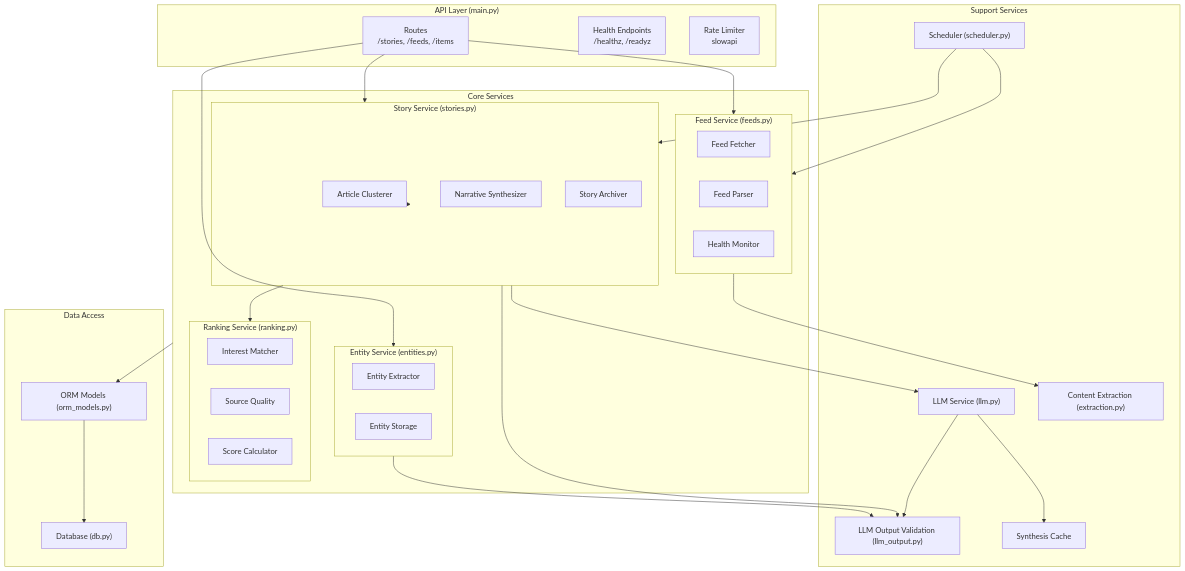
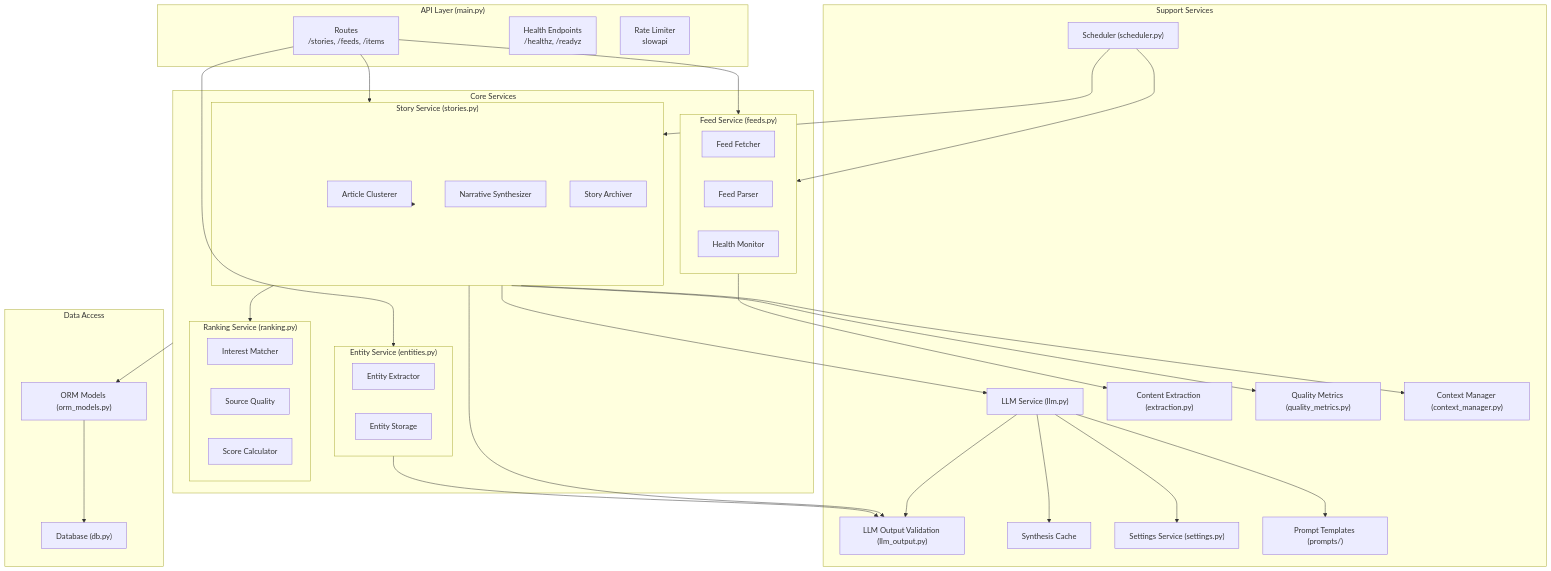
Before and after one commit to Deim0s13/newsbrief: the fourth of 11 diagrams in docs/ARCHITECTURE.md, drawn with Mermaid. The commit also changed other lines of this file, not shown here.

First line of the commit message:
docs: Update architecture document for v0.8.1

````diff
--- a/docs/ARCHITECTURE.md
+++ b/docs/ARCHITECTURE.md
@@ -431,63 +431,71 @@
 ```mermaid
 flowchart TB
     subgraph API["API Layer (main.py)"]
         Routes["Routes<br/>/stories, /feeds, /items"]
         Health["Health Endpoints<br/>/healthz, /readyz"]
         RateLimit["Rate Limiter<br/>slowapi"]
     end
 
     subgraph Core["Core Services"]
         subgraph FeedSvc["Feed Service (feeds.py)"]
             FeedFetch["Feed Fetcher"]
             FeedParse["Feed Parser"]
             FeedHealth["Health Monitor"]
         end
 
         subgraph StorySvc["Story Service (stories.py)"]
             Cluster["Article Clusterer"]
             Synth["Narrative Synthesizer"]
             Archive["Story Archiver"]
         end
 
         subgraph EntitySvc["Entity Service (entities.py)"]
             NER["Entity Extractor"]
             EntityStore["Entity Storage"]
         end
 
         subgraph RankSvc["Ranking Service (ranking.py)"]
             Interest["Interest Matcher"]
             SourceQual["Source Quality"]
             ScoreCalc["Score Calculator"]
         end
     end
 
     subgraph Support["Support Services"]
         LLMSvc["LLM Service (llm.py)"]
         LLMOutput["LLM Output Validation (llm_output.py)"]
         ExtractSvc["Content Extraction (extraction.py)"]
         CacheSvc["Synthesis Cache"]
         SchedSvc["Scheduler (scheduler.py)"]
+        QualityMet["Quality Metrics (quality_metrics.py)"]
+        CtxMgr["Context Manager (context_manager.py)"]
+        Settings["Settings Service (settings.py)"]
+        Prompts["Prompt Templates (prompts/)"]
     end
 
     subgraph Data["Data Access"]
         ORM["ORM Models (orm_models.py)"]
         DB["Database (db.py)"]
     end
 
     Routes --> StorySvc
     Routes --> FeedSvc
     Routes --> EntitySvc
     StorySvc --> LLMSvc
     StorySvc --> LLMOutput
     StorySvc --> Cluster
     StorySvc --> RankSvc
     EntitySvc --> LLMOutput
     FeedSvc --> ExtractSvc
     LLMSvc --> CacheSvc
     LLMSvc --> LLMOutput
+    LLMSvc --> Settings
+    LLMSvc --> Prompts
+    StorySvc --> QualityMet
+    StorySvc --> CtxMgr
     SchedSvc --> FeedSvc
     SchedSvc --> StorySvc
 
     Core --> ORM
     ORM --> DB
 ```
````
